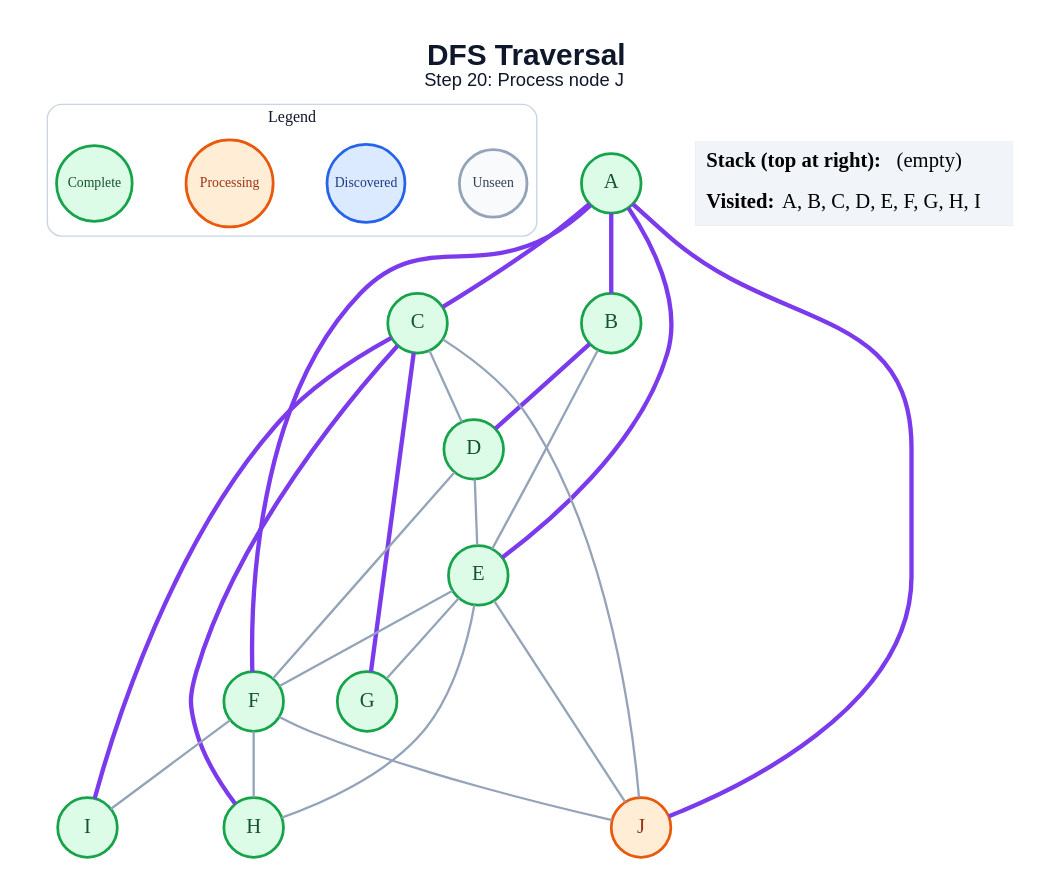
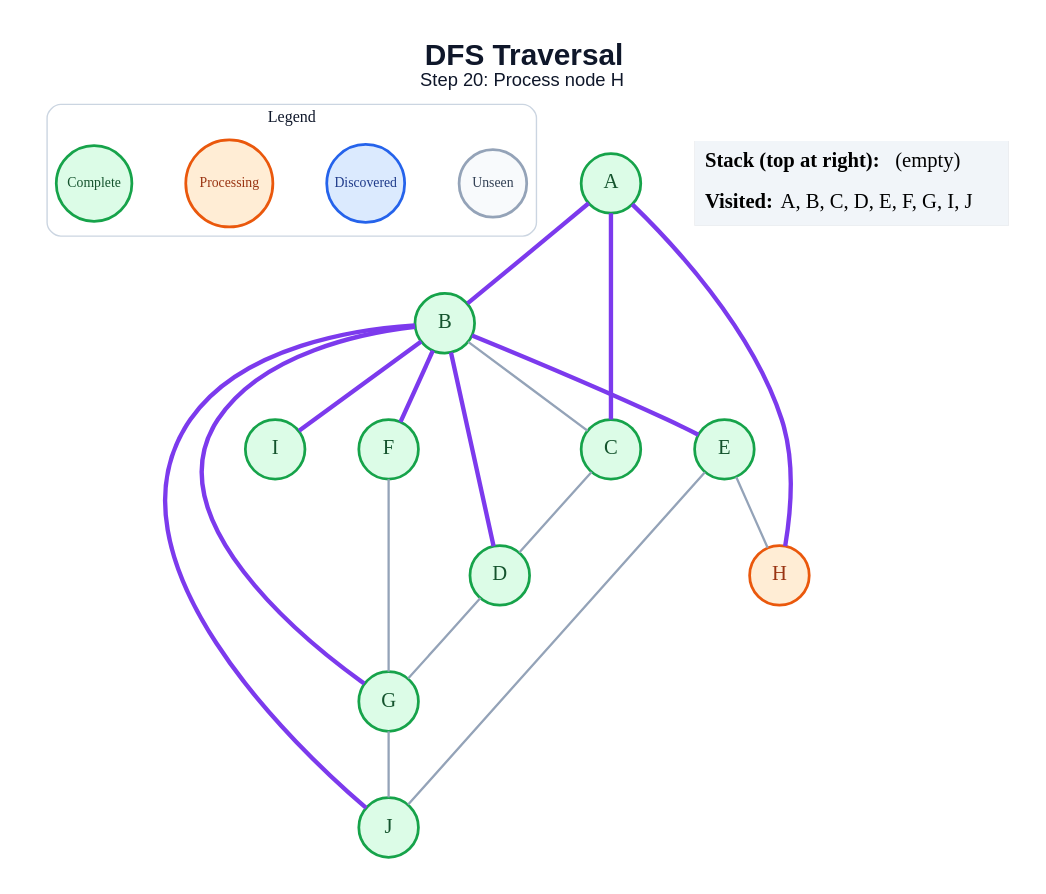
The diagram in generated/dfs/step_20.dot (amanghodawala9/ai-slop), drawn with Graphviz before and after one commit. The commit also changed 178 other files, not shown here.

```diff
--- a/generated/dfs/step_20.dot
+++ b/generated/dfs/step_20.dot
@@ -1,50 +1,45 @@
 graph traversal {
   graph [layout=dot, rankdir=TB, bgcolor="#FFFFFF", pad="0.35", nodesep="0.65", ranksep="0.8", fontname="Arial"];
   node [shape=circle, style="filled", fontname="Arial Bold", fontsize=18, width=0.72, fixedsize=true, penwidth=2.4];
   edge [color="#94A3B8", penwidth=2.0];
-  label=<<B>DFS Traversal</B><BR/><FONT POINT-SIZE="16">Step 20: Process node J</FONT>>; labelloc="t"; fontsize=26; fontname="Arial"; fontcolor="#0F172A";
+  label=<<B>DFS Traversal</B><BR/><FONT POINT-SIZE="16">Step 20: Process node H</FONT>>; labelloc="t"; fontsize=26; fontname="Arial"; fontcolor="#0F172A";
   subgraph cluster_legend { label="Legend"; color="#CBD5E1"; penwidth=1.2; style="rounded"; fontsize=14; fontname="Arial Bold";
     key_unseen [label="Unseen", fillcolor="#F8FAFC", color="#94A3B8", fontcolor="#334155", fontsize=12, width=0.82];
     key_frontier [label="Discovered", fillcolor="#DBEAFE", color="#2563EB", fontcolor="#1E3A8A", fontsize=12, width=0.95];
     key_current [label="Processing", fillcolor="#FFEDD5", color="#EA580C", fontcolor="#9A3412", fontsize=12, width=1.05];
     key_done [label="Complete", fillcolor="#DCFCE7", color="#16A34A", fontcolor="#14532D", fontsize=12, width=0.92];
     { rank=same; key_unseen; key_frontier; key_current; key_done; }
   }
   A [fillcolor="#DCFCE7", color="#16A34A", fontcolor="#14532D"];
   B [fillcolor="#DCFCE7", color="#16A34A", fontcolor="#14532D"];
   C [fillcolor="#DCFCE7", color="#16A34A", fontcolor="#14532D"];
   D [fillcolor="#DCFCE7", color="#16A34A", fontcolor="#14532D"];
   E [fillcolor="#DCFCE7", color="#16A34A", fontcolor="#14532D"];
   F [fillcolor="#DCFCE7", color="#16A34A", fontcolor="#14532D"];
   G [fillcolor="#DCFCE7", color="#16A34A", fontcolor="#14532D"];
-  H [fillcolor="#DCFCE7", color="#16A34A", fontcolor="#14532D"];
+  H [fillcolor="#FFEDD5", color="#EA580C", fontcolor="#9A3412"];
   I [fillcolor="#DCFCE7", color="#16A34A", fontcolor="#14532D"];
-  J [fillcolor="#FFEDD5", color="#EA580C", fontcolor="#9A3412"];
+  J [fillcolor="#DCFCE7", color="#16A34A", fontcolor="#14532D"];
   A -- B [color="#7C3AED", penwidth=3.8];
   A -- C [color="#7C3AED", penwidth=3.8];
-  A -- E [color="#7C3AED", penwidth=3.8];
-  A -- F [color="#7C3AED", penwidth=3.8];
-  A -- J [color="#7C3AED", penwidth=3.8];
+  A -- H [color="#7C3AED", penwidth=3.8];
+  B -- C;
   B -- D [color="#7C3AED", penwidth=3.8];
-  B -- E;
+  B -- E [color="#7C3AED", penwidth=3.8];
+  B -- F [color="#7C3AED", penwidth=3.8];
+  B -- G [color="#7C3AED", penwidth=3.8];
+  B -- I [color="#7C3AED", penwidth=3.8];
+  B -- J [color="#7C3AED", penwidth=3.8];
   C -- D;
-  C -- G [color="#7C3AED", penwidth=3.8];
-  C -- H [color="#7C3AED", penwidth=3.8];
-  C -- I [color="#7C3AED", penwidth=3.8];
-  C -- J;
-  D -- E;
-  D -- F;
-  E -- F;
-  E -- G;
+  D -- G;
   E -- H;
   E -- J;
-  F -- H;
-  F -- I;
-  F -- J;
+  F -- G;
+  G -- J;
   status [shape=plain, fixedsize=false, width=0, height=0, margin=0, label=<
     <TABLE BORDER="0" CELLBORDER="0" CELLPADDING="7" BGCOLOR="#F1F5F9">
       <TR><TD ALIGN="LEFT"><B>Stack (top at right):</B> (empty)</TD></TR>
-      <TR><TD ALIGN="LEFT"><B>Visited:</B> A, B, C, D, E, F, G, H, I</TD></TR>
+      <TR><TD ALIGN="LEFT"><B>Visited:</B> A, B, C, D, E, F, G, I, J</TD></TR>
     </TABLE>
   >];
 }
```
